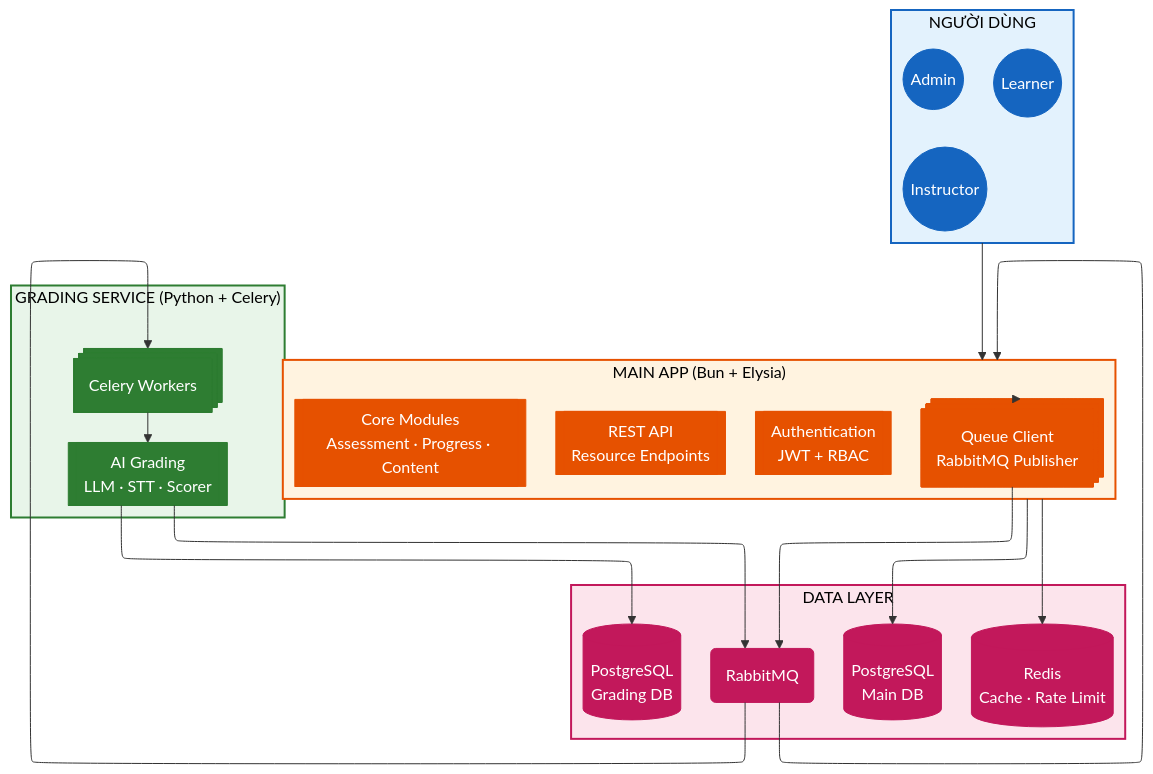
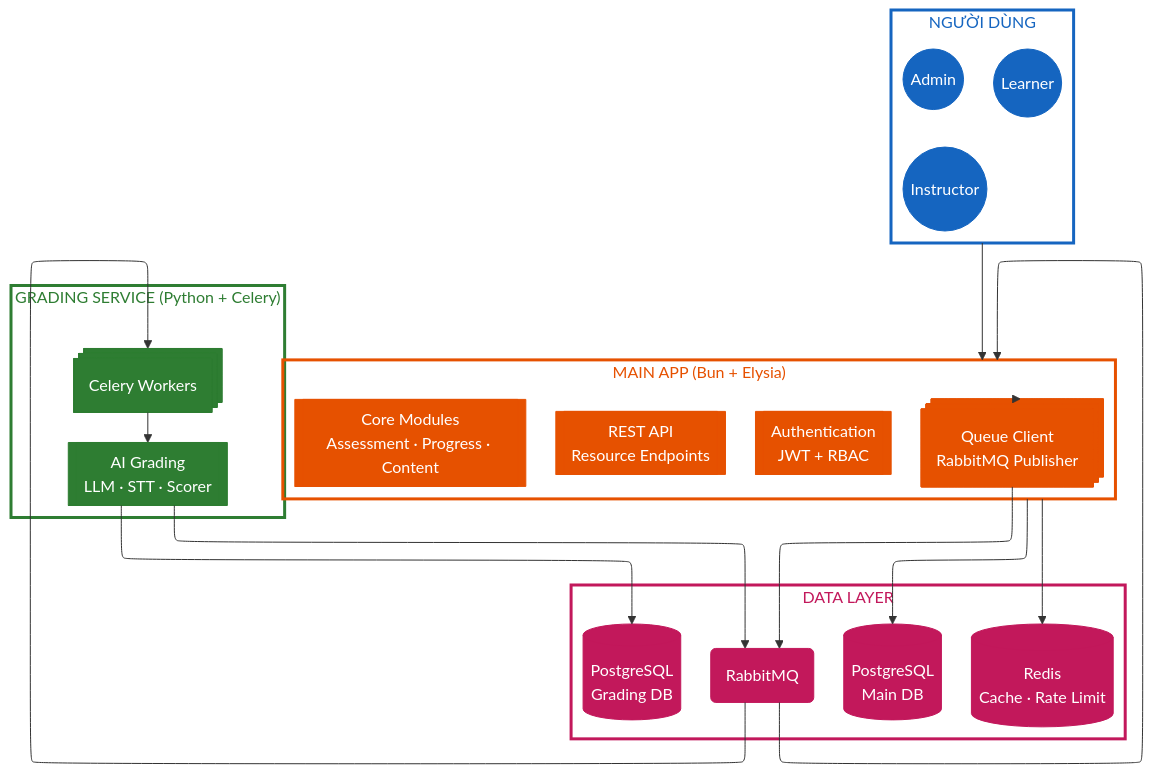
The first of 12 diagrams in docs/capstone/diagrams/flow-diagrams.vi.md (nghyane/VSTEP), drawn with Mermaid before and after one commit. The commit also changed other lines of this file, not shown here.

First line of the commit message:
fix(docs): use transparent fill for subgraph boxes (dark mode compatible)

````diff
--- a/docs/capstone/diagrams/flow-diagrams.vi.md
+++ b/docs/capstone/diagrams/flow-diagrams.vi.md
@@ -9,69 +9,69 @@
 ```mermaid
 ---
 config:
   layout: elk
   theme: default
 ---
 flowchart TB
     subgraph Users["NGƯỜI DÙNG"]
         direction LR
         L@{ shape: circle, label: "Learner" }
         I@{ shape: circle, label: "Instructor" }
         A@{ shape: circle, label: "Admin" }
     end
 
     subgraph BunApp["MAIN APP (Bun + Elysia)"]
         direction TB
         Auth@{ shape: fr-rect, label: "Authentication\nJWT + RBAC" }
         API@{ shape: fr-rect, label: "REST API\nResource Endpoints" }
         Core@{ shape: fr-rect, label: "Core Modules\nAssessment · Progress · Content" }
         QueueClient@{ shape: st-rect, label: "Queue Client\nRabbitMQ Publisher" }
     end
 
     subgraph GradingService["GRADING SERVICE (Python + Celery)"]
         direction TB
         Worker@{ shape: st-rect, label: "Celery Workers" }
         Grader@{ shape: fr-rect, label: "AI Grading\nLLM · STT · Scorer" }
     end
 
     subgraph DataLayer["DATA LAYER"]
         direction LR
         MainDB@{ shape: cyl, label: "PostgreSQL\nMain DB" }
         GradingDB@{ shape: cyl, label: "PostgreSQL\nGrading DB" }
         MQ@{ shape: rounded, label: "RabbitMQ" }
         Redis@{ shape: cyl, label: "Redis\nCache · Rate Limit" }
     end
 
     Users --> BunApp
     BunApp --> MainDB
     BunApp --> Redis
     BunApp --> QueueClient
     QueueClient --> MQ
     MQ --> Worker
     Worker --> Grader
     Grader --> GradingDB
     Grader --> MQ
     MQ --> BunApp
 
     %% Nodes - solid fill
     classDef users fill:#1565c0,stroke:#1565c0,color:#fff
     classDef bun fill:#e65100,stroke:#e65100,color:#fff
     classDef python fill:#2e7d32,stroke:#2e7d32,color:#fff
     classDef data fill:#c2185b,stroke:#c2185b,color:#fff
 
-    %% Subgraph boxes - light fill with dark border
-    classDef usersBox fill:#e3f2fd,stroke:#1565c0,stroke-width:2px,color:#000
-    classDef bunBox fill:#fff3e0,stroke:#e65100,stroke-width:2px,color:#000
-    classDef pythonBox fill:#e8f5e9,stroke:#2e7d32,stroke-width:2px,color:#000
-    classDef dataBox fill:#fce4ec,stroke:#c2185b,stroke-width:2px,color:#000
+    %% Subgraph boxes - transparent with thick colored border
+    classDef usersBox fill:none,stroke:#1565c0,stroke-width:3px,color:#1565c0
+    classDef bunBox fill:none,stroke:#e65100,stroke-width:3px,color:#e65100
+    classDef pythonBox fill:none,stroke:#2e7d32,stroke-width:3px,color:#2e7d32
+    classDef dataBox fill:none,stroke:#c2185b,stroke-width:3px,color:#c2185b
 
     class Users usersBox
     class BunApp bunBox
     class GradingService pythonBox
     class DataLayer dataBox
 
     class L,I,A users
     class Auth,API,Core,QueueClient bun
     class Worker,Grader python
     class MainDB,GradingDB,MQ,Redis data
 ```
````
